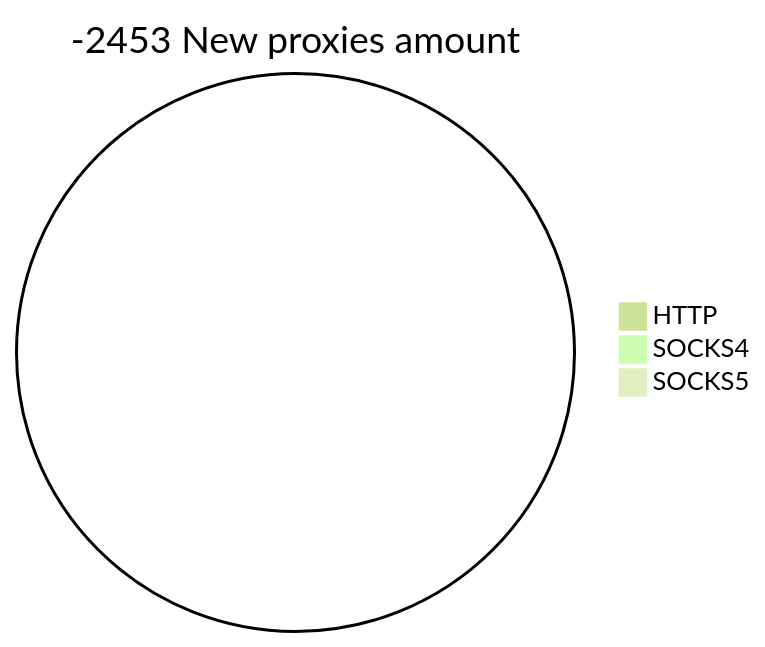
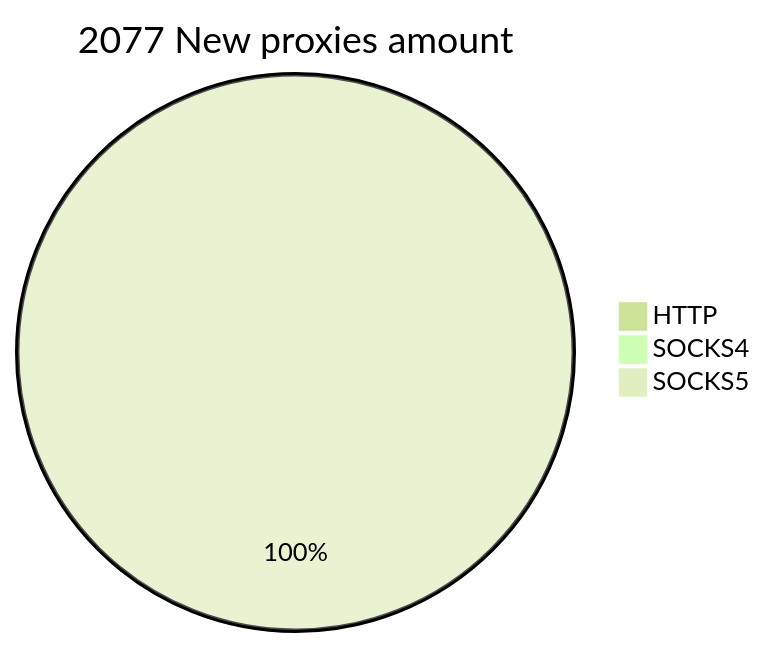
Before and after one commit to cutipu/proxylist: the second of 2 diagrams in README.md, drawn with Mermaid (forest theme). The commit also changed other lines of this file, not shown here.

````diff
--- a/README.md
+++ b/README.md
@@ -10,6 +10,6 @@
 ```mermaid
-pie title -2453 New proxies amount
+pie title 2077 New proxies amount
     "HTTP" : 0
     "SOCKS4" : 0
-    "SOCKS5" : 0
+    "SOCKS5" : 2469
 ```
````
